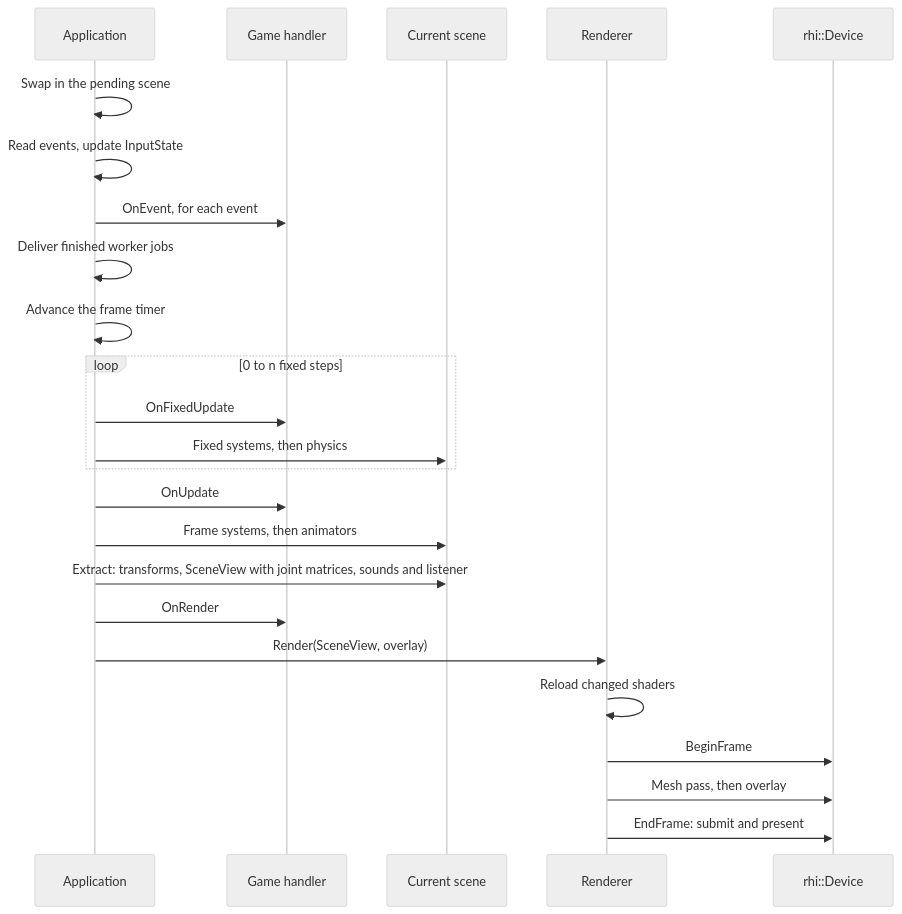
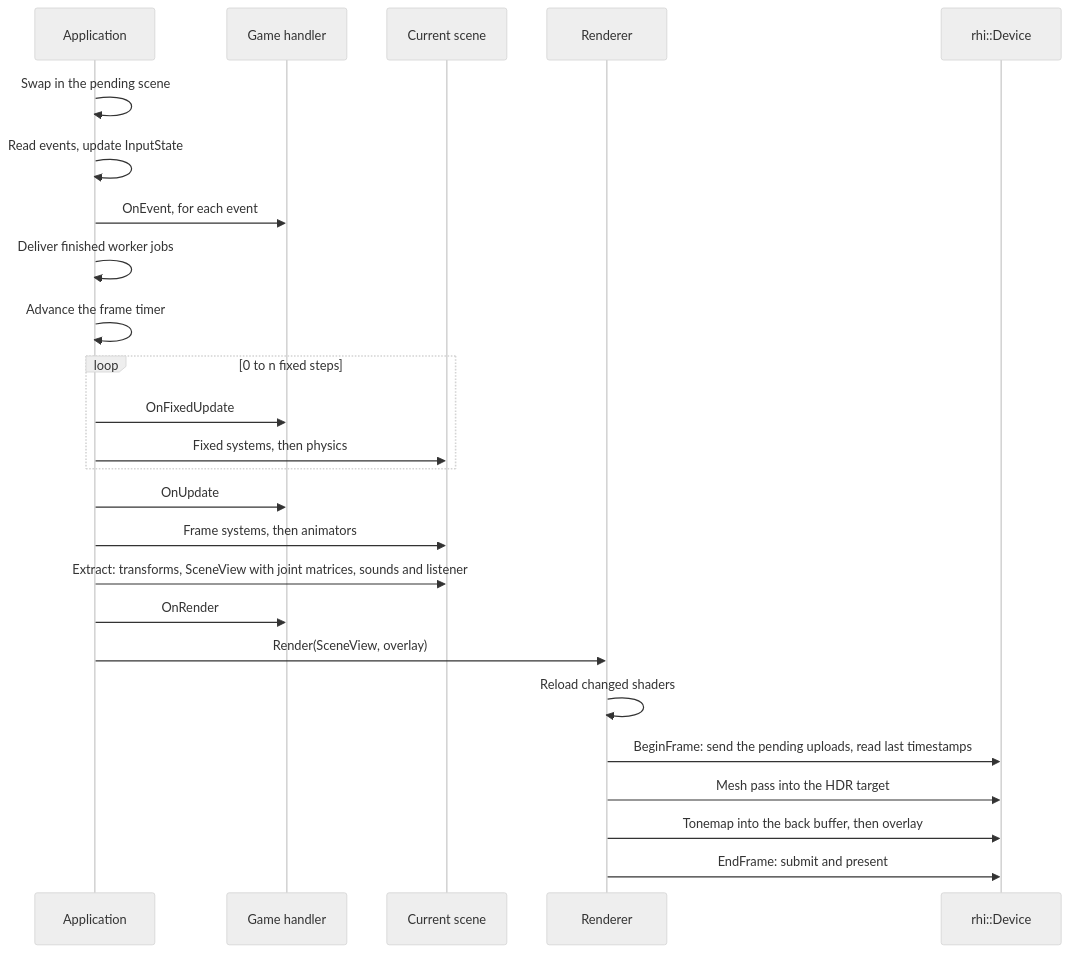
The third of 8 diagrams in docs/ARCHITECTURE.md (SBXdev3D/daidalos-engine-next), drawn with Mermaid (neutral theme) before and after one commit. The commit also changed other lines of this file and 5 other files, not shown here.

````diff
--- a/docs/ARCHITECTURE.md
+++ b/docs/ARCHITECTURE.md
@@ -65,27 +65,28 @@
 ```mermaid
 sequenceDiagram
     participant A as Application
     participant G as Game handler
     participant S as Current scene
     participant R as Renderer
     participant D as rhi::Device
 
     A->>A: Swap in the pending scene
     A->>A: Read events, update InputState
     A->>G: OnEvent, for each event
     A->>A: Deliver finished worker jobs
     A->>A: Advance the frame timer
     loop 0 to n fixed steps
         A->>G: OnFixedUpdate
         A->>S: Fixed systems, then physics
     end
     A->>G: OnUpdate
     A->>S: Frame systems, then animators
     A->>S: Extract: transforms, SceneView with joint matrices, sounds and listener
     A->>G: OnRender
     A->>R: Render(SceneView, overlay)
     R->>R: Reload changed shaders
-    R->>D: BeginFrame
-    R->>D: Mesh pass, then overlay
+    R->>D: BeginFrame: send the pending uploads, read last timestamps
+    R->>D: Mesh pass into the HDR target
+    R->>D: Tonemap into the back buffer, then overlay
     R->>D: EndFrame: submit and present
 ```
````
